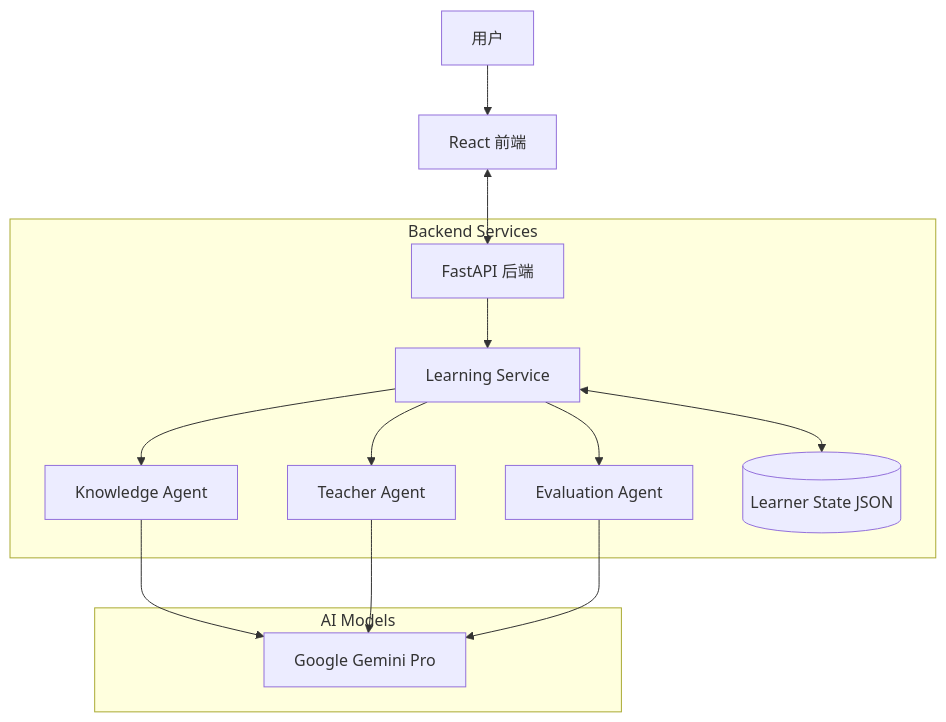
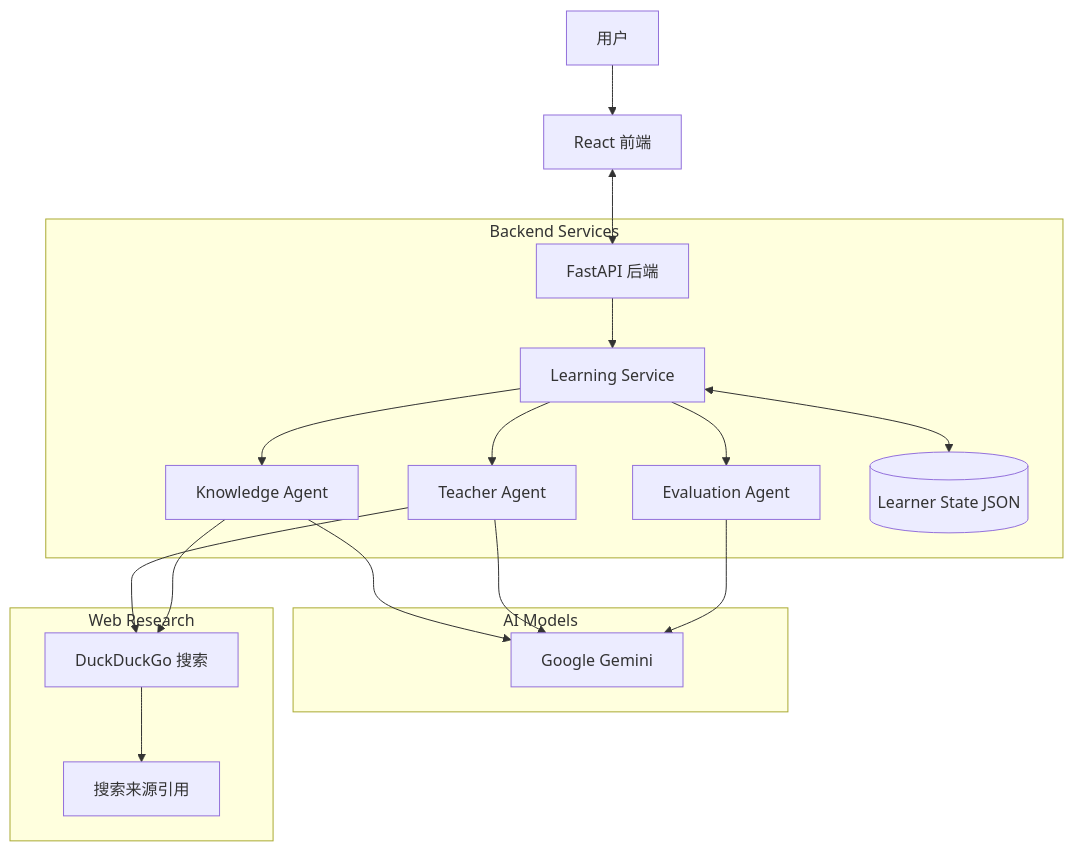
One commit to Dyiuu/AstraMentor-v1 changed the diagram in README.md. Above: the diagram before and after it, drawn with Mermaid. The commit also changed other lines of this file and 21 other files, not shown here.

Commit message:
feat: integrate DuckDuckGo search (Web Research) and update docs

````diff
--- a/README.md
+++ b/README.md
@@ -101,19 +114,25 @@
 ```mermaid
 graph TD
     User[用户] --> Client[React 前端]
     Client <--> API[FastAPI 后端]
 
     subgraph "Backend Services"
         API --> Service[Learning Service]
         Service --> KA[Knowledge Agent]
         Service --> TA[Teacher Agent]
         Service --> EA[Evaluation Agent]
         Service <--> DB[(Learner State JSON)]
     end
 
     subgraph "AI Models"
-        KA --> Gemini[Google Gemini Pro]
+        KA --> Gemini[Google Gemini]
         TA --> Gemini
         EA --> Gemini
     end
+
+    subgraph "Web Research"
+        TA --> DDG[DuckDuckGo 搜索]
+        KA --> DDG
+        DDG --> Sources[搜索来源引用]
+    end
 ```
````
